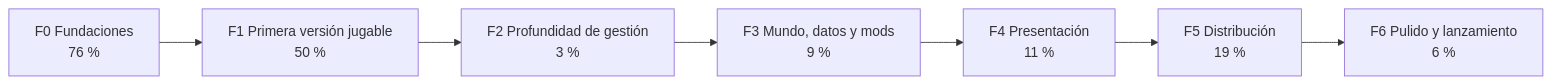
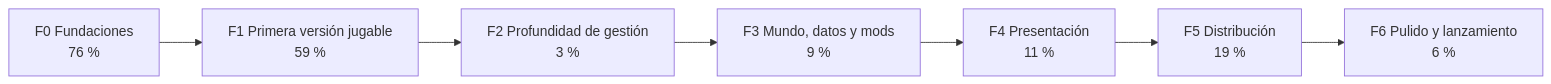
Before and after one commit to dariogea/BM27: the first of 2 diagrams in README.md, drawn with Mermaid. The commit also changed other lines of this file and 17 other files, not shown here.

````diff
--- a/README.md
+++ b/README.md
@@ -91,11 +91,11 @@
 ```mermaid
 flowchart LR
   F0["F0 Fundaciones<br/>76 %"]
-  F1["F1 Primera versión jugable<br/>50 %"]
+  F1["F1 Primera versión jugable<br/>59 %"]
   F2["F2 Profundidad de gestión<br/>3 %"]
   F3["F3 Mundo, datos y mods<br/>9 %"]
   F4["F4 Presentación<br/>11 %"]
   F5["F5 Distribución<br/>19 %"]
   F6["F6 Pulido y lanzamiento<br/>6 %"]
   F0 --> F1 --> F2 --> F3 --> F4 --> F5 --> F6
 ```
````
